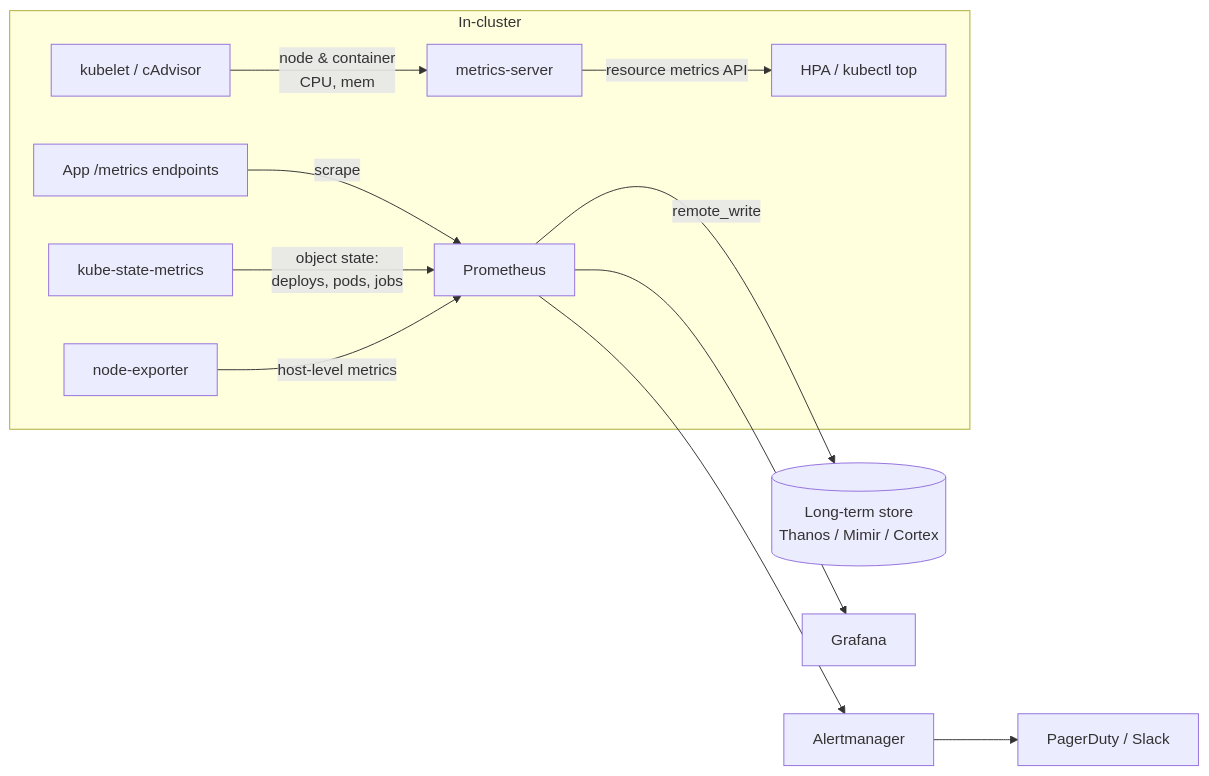
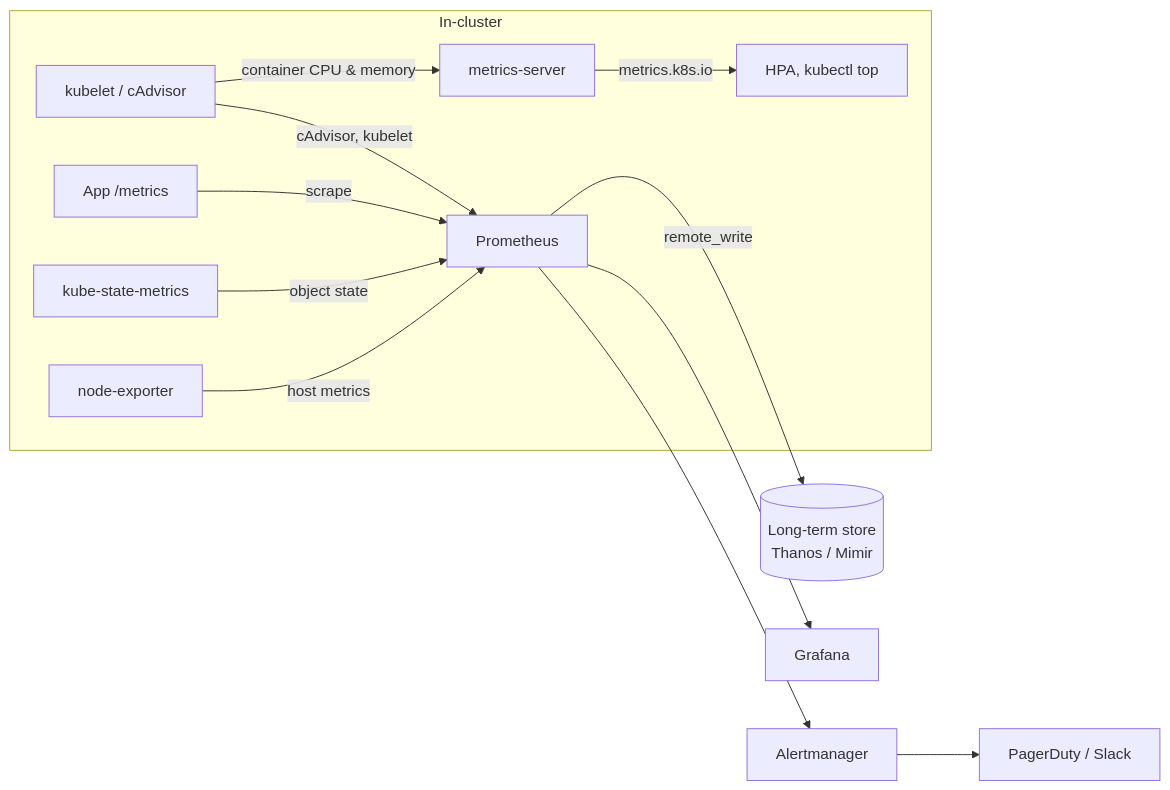
Before and after one commit to AndrewAltimit/Documentation: the third of 6 diagrams in github-pages/docs/technology/kubernetes/operations.md, drawn with Mermaid. The commit also changed other lines of this file and 240 other files, not shown here.

````diff
--- a/github-pages/docs/technology/kubernetes/operations.md
+++ b/github-pages/docs/technology/kubernetes/operations.md
@@ -204,14 +319,14 @@
 ```mermaid
 flowchart LR
     subgraph cluster["In-cluster"]
-        K[kubelet / cAdvisor] -->|node & container<br/>CPU, mem| MS[metrics-server]
-        MS -->|resource metrics API| HPA[HPA / kubectl top]
-        Pods[App /metrics endpoints] -->|scrape| Prom[Prometheus]
-        KSM[kube-state-metrics] -->|object state:<br/>deploys, pods, jobs| Prom
-        NE[node-exporter] -->|host-level metrics| Prom
+        K["kubelet / cAdvisor"] -->|"container CPU & memory"| MS["metrics-server"]
+        MS -->|"metrics.k8s.io"| HPA["HPA, kubectl top"]
+        App["App /metrics"] -->|scrape| Prom["Prometheus"]
+        KSM["kube-state-metrics"] -->|"object state"| Prom
+        NE["node-exporter"] -->|"host metrics"| Prom
+        K -->|"cAdvisor, kubelet"| Prom
     end
-    Prom -->|remote_write| LTS[(Long-term store<br/>Thanos / Mimir / Cortex)]
-    Prom --> Graf[Grafana]
-    Prom --> AM[Alertmanager]
-    AM --> Pager[PagerDuty / Slack]
+    Prom -->|remote_write| LTS[("Long-term store<br/>Thanos / Mimir")]
+    Prom --> Graf["Grafana"]
+    Prom --> AM["Alertmanager"] --> Pager["PagerDuty / Slack"]
 ```
````
